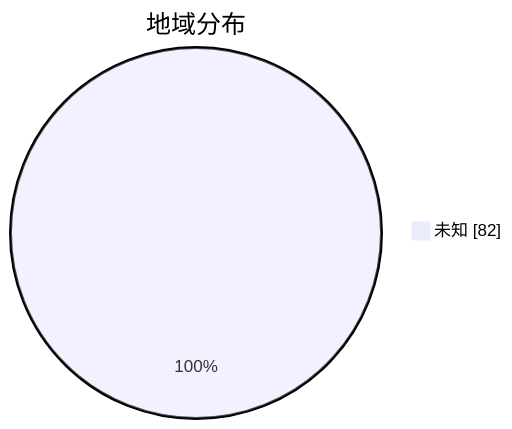
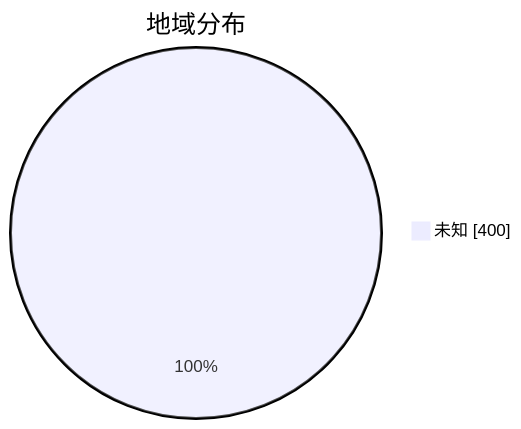
Before and after one commit to qjlxg/airport: the second of 3 diagrams in subs/statistics/tested_within.md, drawn with Mermaid. The commit also changed other lines of this file and 2 other files, not shown here.

````diff
--- a/subs/statistics/tested_within.md
+++ b/subs/statistics/tested_within.md
@@ -11,5 +13,5 @@
 ```mermaid
 pie showData
 title 地域分布
-"未知" : 82
+"未知" : 400
 ```
````
